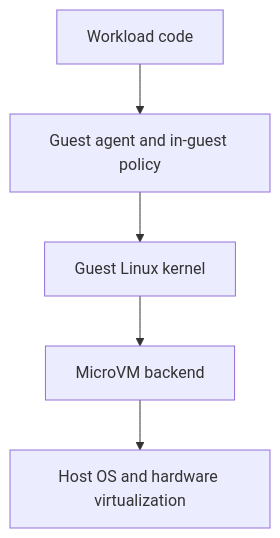
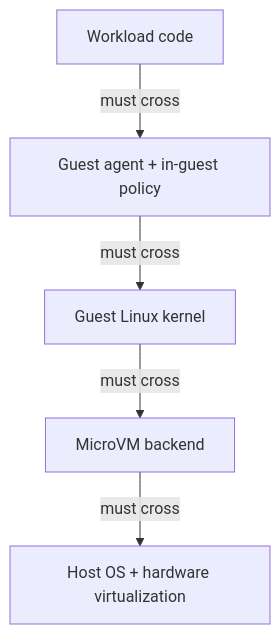
The first of 3 diagrams in public/src/content/blog/secure-by-design-microvms-and-nix.md (tinylabscom/mvm), drawn with Mermaid before and after one commit. The commit also changed other lines of this file, not shown here.

````diff
--- a/public/src/content/blog/secure-by-design-microvms-and-nix.md
+++ b/public/src/content/blog/secure-by-design-microvms-and-nix.md
@@ -55,13 +46,13 @@
 ```mermaid
 flowchart TB
   Workload["Workload code"]
-  Agent["Guest agent and in-guest policy"]
+  Agent["Guest agent + in-guest policy"]
   Guest["Guest Linux kernel"]
   VMM["MicroVM backend"]
-  Host["Host OS and hardware virtualization"]
+  Host["Host OS + hardware virtualization"]
 
-  Workload --> Agent
-  Agent --> Guest
-  Guest --> VMM
-  VMM --> Host
+  Workload -->|"must cross"| Agent
+  Agent -->|"must cross"| Guest
+  Guest -->|"must cross"| VMM
+  VMM -->|"must cross"| Host
 ```
````
